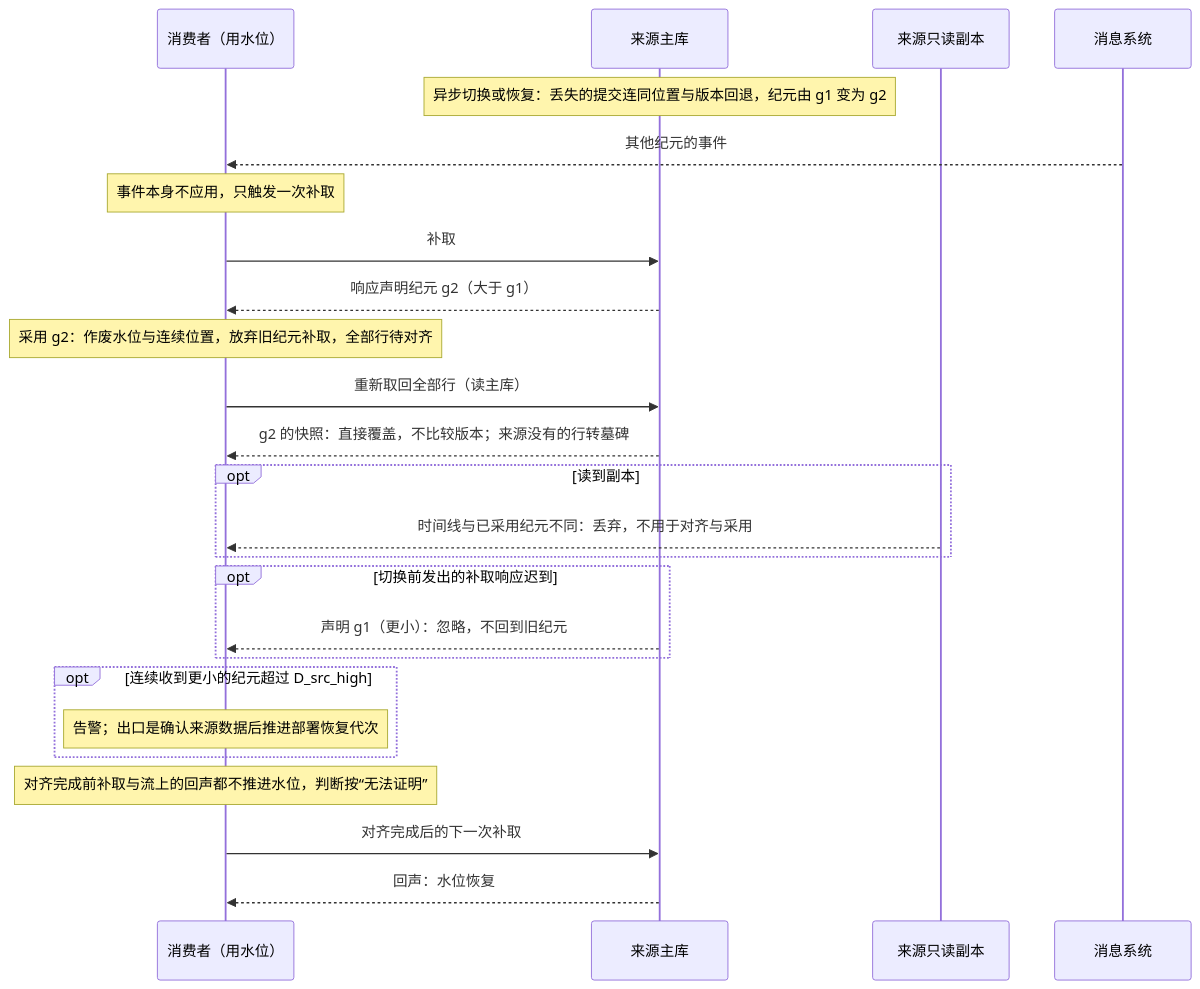
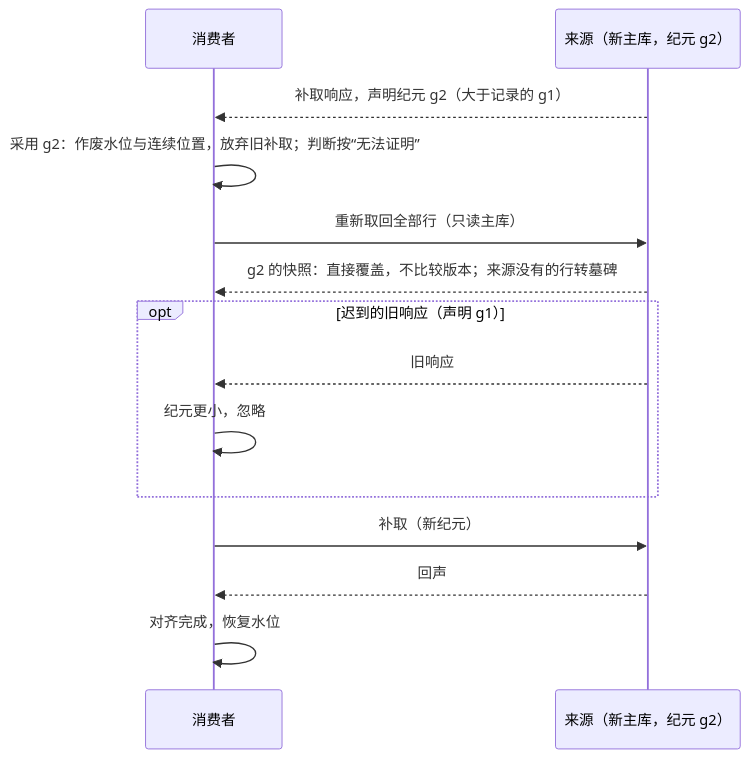
Before and after one commit to brickKit/be-assembly-standard: the second of 2 diagrams in tempDocs/final/06-protocols/02-projections.md, drawn with Mermaid. The commit also changed other lines of this file and 14 other files, not shown here.

````diff
--- a/tempDocs/final/06-protocols/02-projections.md
+++ b/tempDocs/final/06-protocols/02-projections.md
@@ -164,27 +131,16 @@
 ```mermaid
 sequenceDiagram
-    participant C as 消费者（用水位）
-    participant S as 来源主库
-    participant R as 来源只读副本
-    participant M as 消息系统
-    Note over S: 异步切换或恢复：丢失的提交连同位置与版本回退，纪元由 g1 变为 g2
-    M-->>C: 其他纪元的事件
-    Note over C: 事件本身不应用，只触发一次补取
-    C->>S: 补取
-    S-->>C: 响应声明纪元 g2（大于 g1）
-    Note over C: 采用 g2：作废水位与连续位置，放弃旧纪元补取，全部行待对齐
-    C->>S: 重新取回全部行（读主库）
+    participant C as 消费者
+    participant S as 来源（新主库，纪元 g2）
+    S-->>C: 补取响应，声明纪元 g2（大于记录的 g1）
+    C->>C: 采用 g2：作废水位与连续位置，放弃旧补取；判断按“无法证明”
+    C->>S: 重新取回全部行（只读主库）
     S-->>C: g2 的快照：直接覆盖，不比较版本；来源没有的行转墓碑
-    opt 读到副本
-        R-->>C: 时间线与已采用纪元不同：丢弃，不用于对齐与采用
+    opt 迟到的旧响应（声明 g1）
+        S-->>C: 旧响应
+        C->>C: 纪元更小，忽略
     end
-    opt 切换前发出的补取响应迟到
-        S-->>C: 声明 g1（更小）：忽略，不回到旧纪元
-    end
-    opt 连续收到更小的纪元超过 D_src_high
-        Note over C: 告警；出口是确认来源数据后推进部署恢复代次
-    end
-    Note over C: 对齐完成前补取与流上的回声都不推进水位，判断按“无法证明”
-    C->>S: 对齐完成后的下一次补取
-    S-->>C: 回声：水位恢复
+    C->>S: 补取（新纪元）
+    S-->>C: 回声
+    C->>C: 对齐完成，恢复水位
 ```
````
